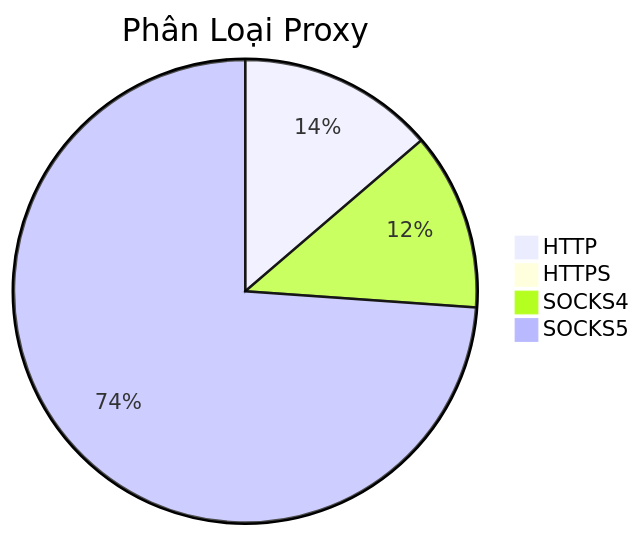
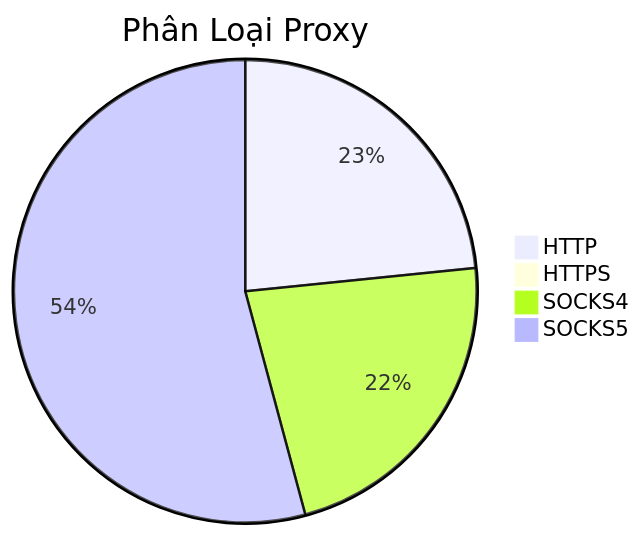
The diagram in README.md (Ciara-Aa/PROXY-free), drawn with Mermaid before and after one commit. The commit also changed other lines of this file and 4 other files, not shown here.

````diff
--- a/README.md
+++ b/README.md
@@ -26,7 +26,7 @@
 ```mermaid
 pie title Phân Loại Proxy
-    "HTTP" : 447
+    "HTTP" : 481
     "HTTPS" : 3
-    "SOCKS4" : 404
-    "SOCKS5" : 2407
+    "SOCKS4" : 461
+    "SOCKS5" : 1114
 ```
````
